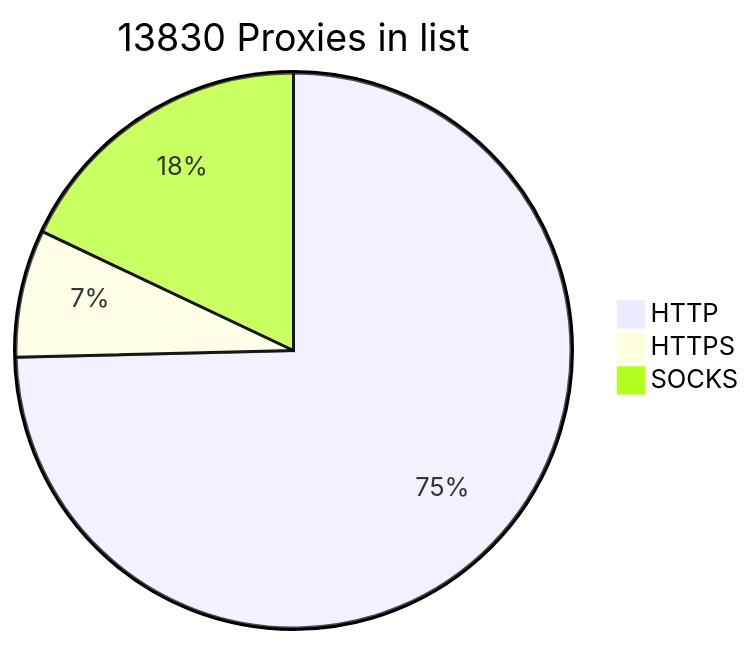
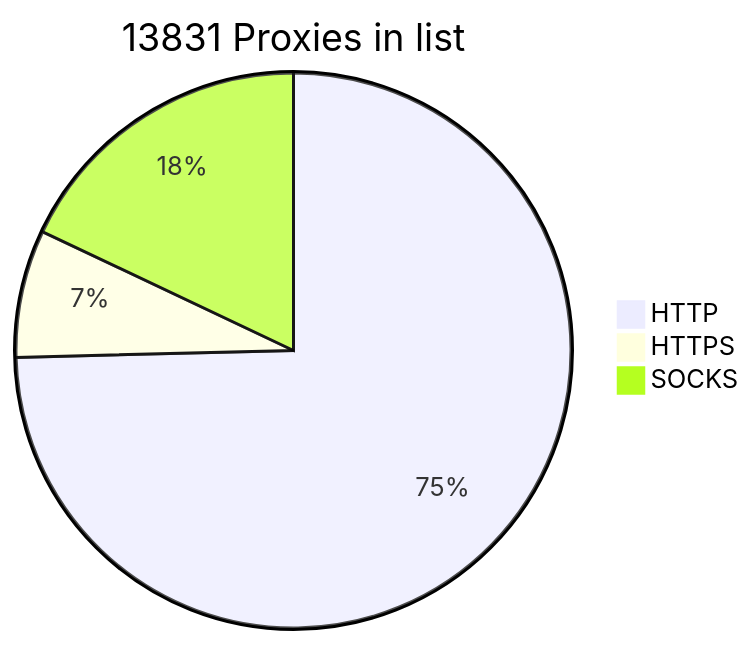
One commit to BlackSnowDot/proxylist-update-every-minute changed the diagram in README.md. Above: the diagram before and after it, drawn with Mermaid.

````diff
--- a/README.md
+++ b/README.md
@@ -2,6 +2,6 @@
 ```mermaid
-pie title 13830 Proxies in list
+pie title 13831 Proxies in list
     "HTTP" : 10511
     "HTTPS": 1047
-    "SOCKS" : 2530
+    "SOCKS" : 2531
 ```
````
